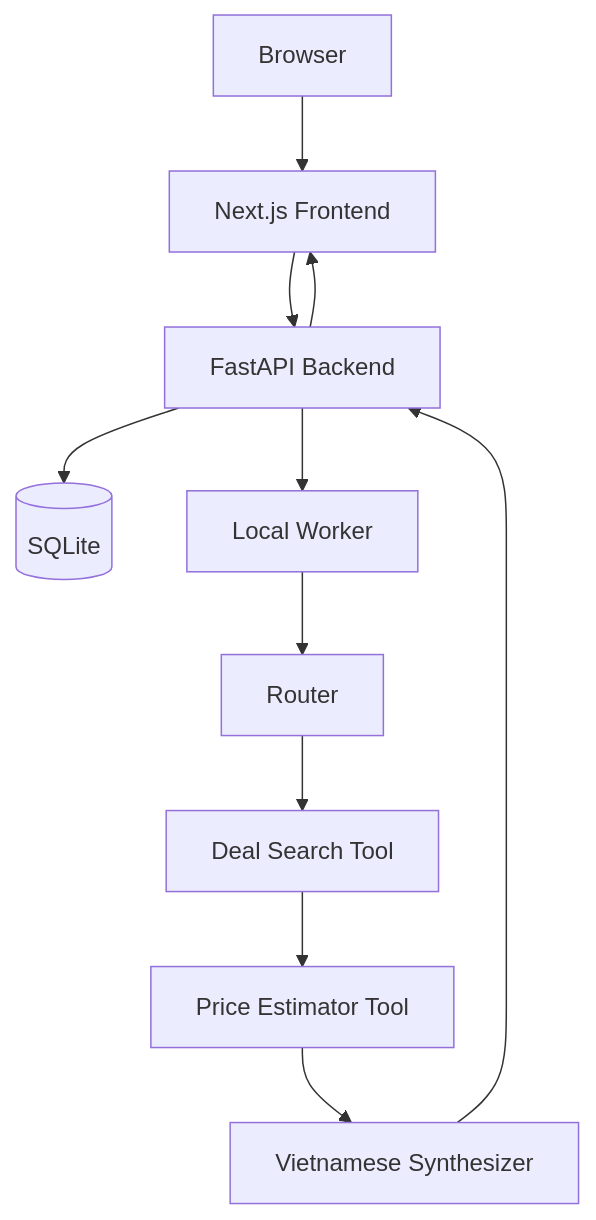
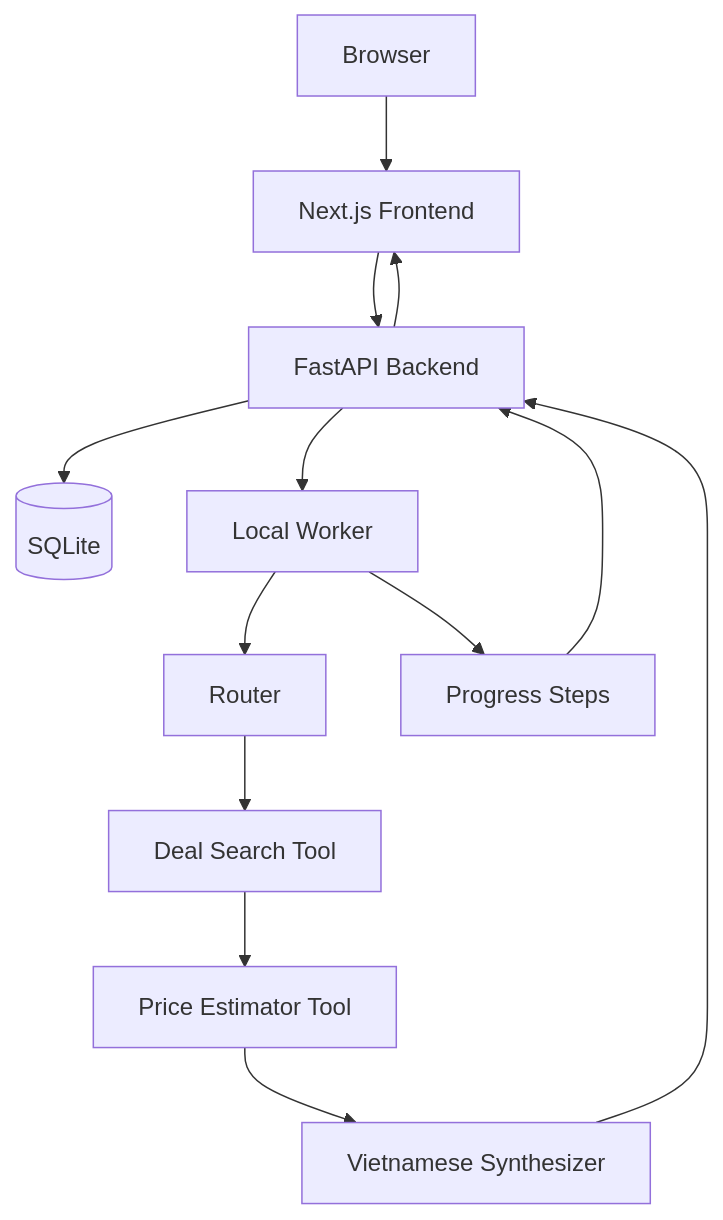
The diagram in shopping_assistant_v3/guides/architecture.md (Sunny-sunnyy/DACN3), drawn with Mermaid before and after one commit. The commit also changed other lines of this file and 9 other files, not shown here.

````diff
--- a/shopping_assistant_v3/guides/architecture.md
+++ b/shopping_assistant_v3/guides/architecture.md
@@ -24,13 +29,15 @@
 ```mermaid
 flowchart TD
     Browser[Browser] --> Frontend[Next.js Frontend]
     Frontend --> API[FastAPI Backend]
     API --> DB[(SQLite)]
     API --> Worker[Local Worker]
     Worker --> Router[Router]
+    Worker --> Progress[Progress Steps]
     Router --> Search[Deal Search Tool]
     Search --> Pricing[Price Estimator Tool]
     Pricing --> Synth[Vietnamese Synthesizer]
     Synth --> API
+    Progress --> API
     API --> Frontend
 ```
````
